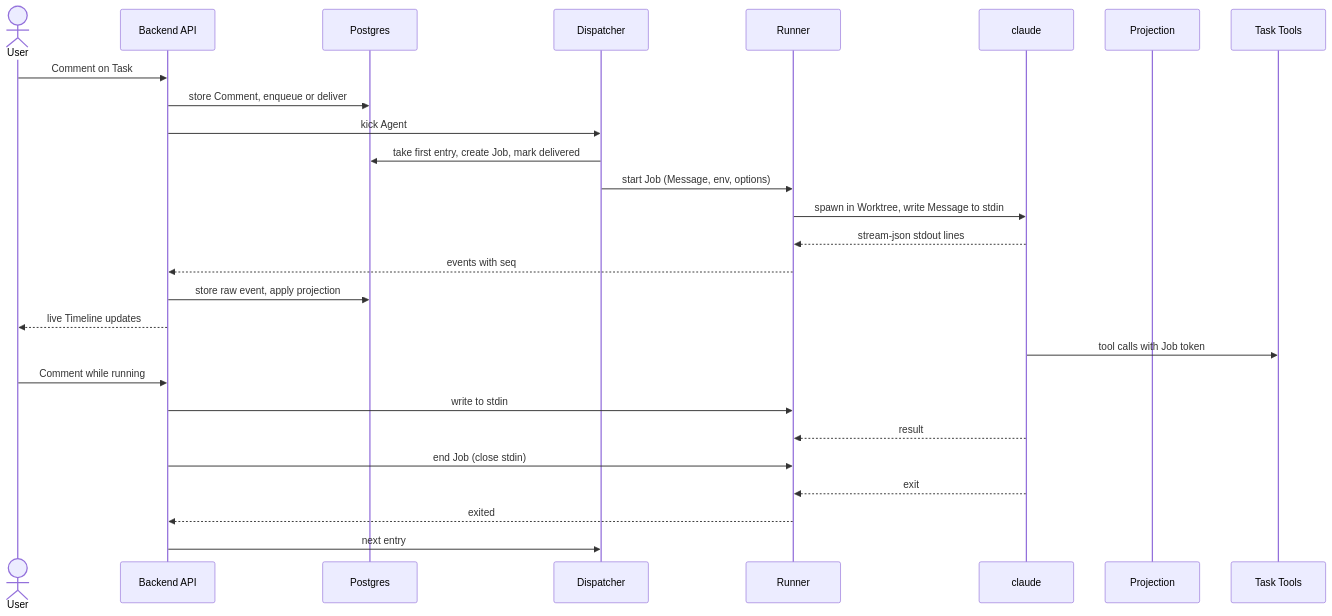
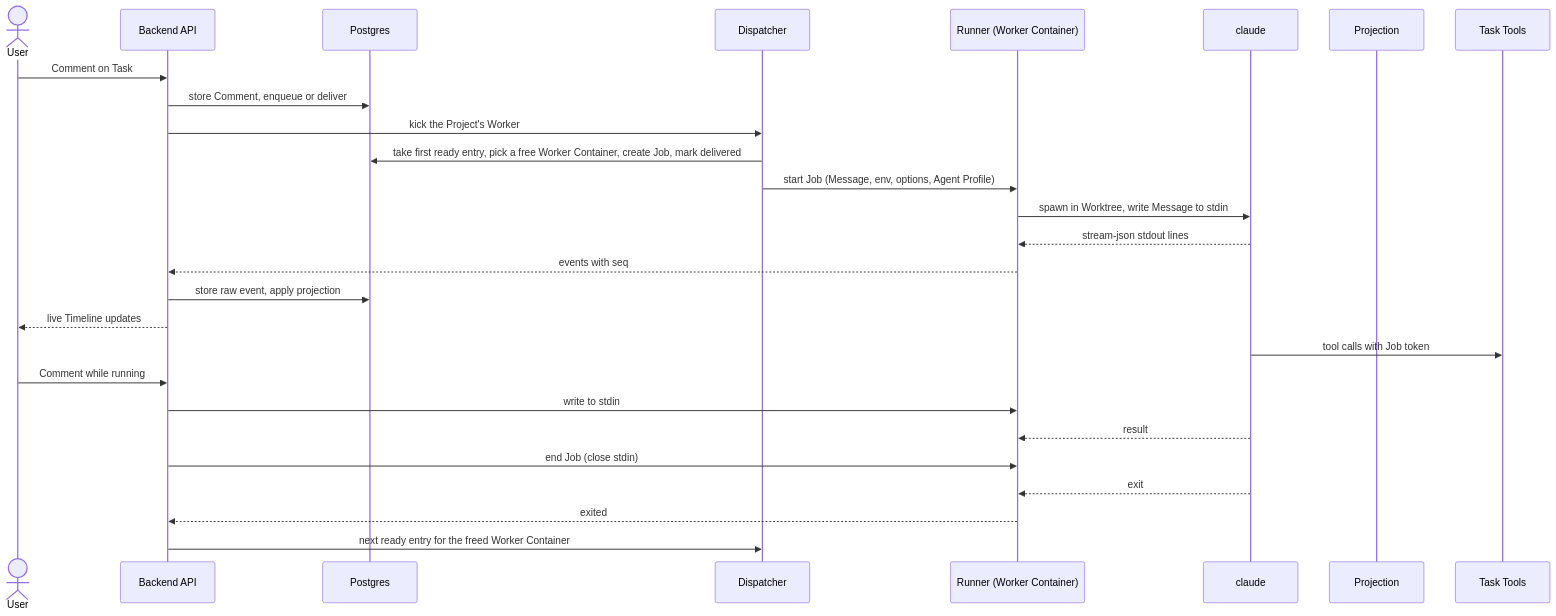
Before and after one commit to mceck/claude-task: the fifth of 5 diagrams in docs/specs/agent-sessions.md, drawn with Mermaid. The commit also changed other lines of this file and 95 other files, not shown here.

````diff
--- a/docs/specs/agent-sessions.md
+++ b/docs/specs/agent-sessions.md
@@ -468,29 +490,29 @@
 ```mermaid
 sequenceDiagram
   actor U as User
   participant API as Backend API
   participant DB as Postgres
   participant D as Dispatcher
-  participant R as Runner
+  participant R as Runner (Worker Container)
   participant C as claude
   participant P as Projection
   participant MCP as Task Tools
   U->>API: Comment on Task
   API->>DB: store Comment, enqueue or deliver
-  API->>D: kick Agent
-  D->>DB: take first entry, create Job, mark delivered
-  D->>R: start Job (Message, env, options)
+  API->>D: kick the Project's Worker
+  D->>DB: take first ready entry, pick a free Worker Container, create Job, mark delivered
+  D->>R: start Job (Message, env, options, Agent Profile)
   R->>C: spawn in Worktree, write Message to stdin
   C-->>R: stream-json stdout lines
   R-->>API: events with seq
   API->>DB: store raw event, apply projection
   API-->>U: live Timeline updates
   C->>MCP: tool calls with Job token
   U->>API: Comment while running
   API->>R: write to stdin
   C-->>R: result
   API->>R: end Job (close stdin)
   C-->>R: exit
   R-->>API: exited
-  API->>D: next entry
+  API->>D: next ready entry for the freed Worker Container
 ```
````
